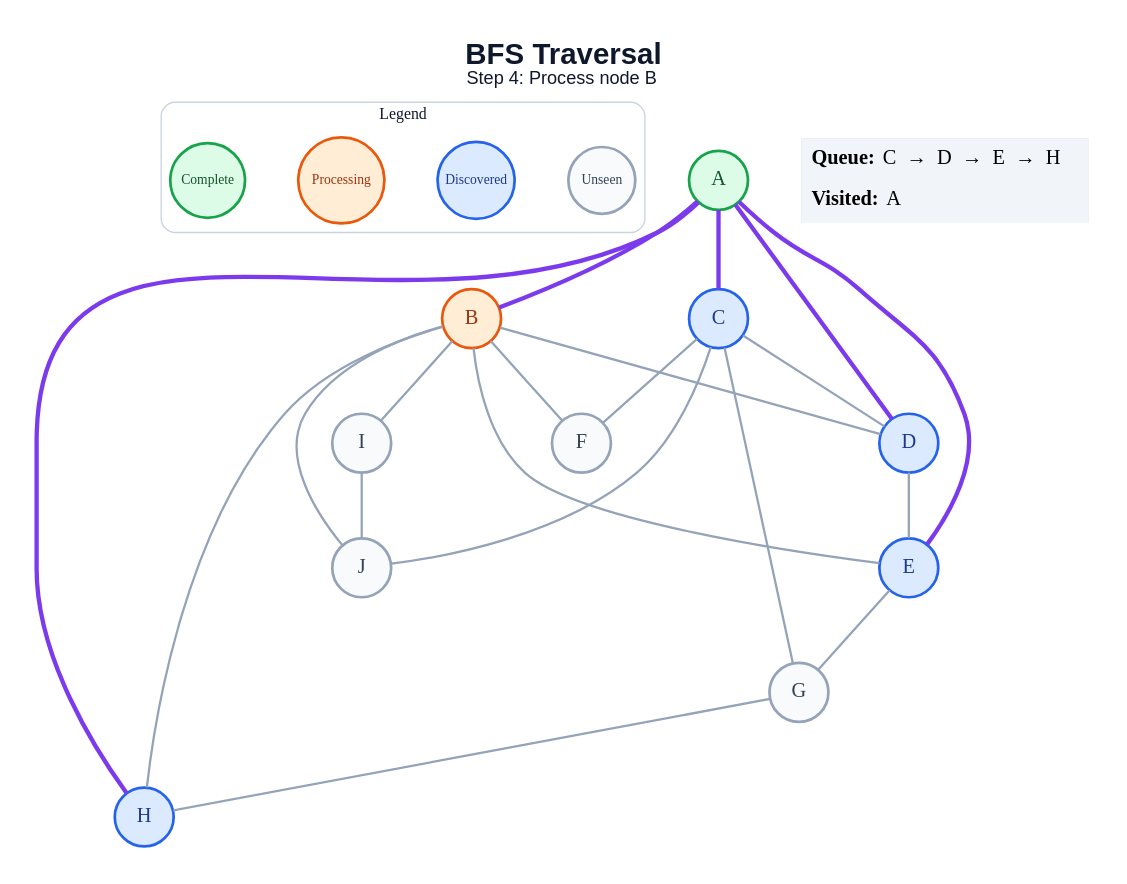
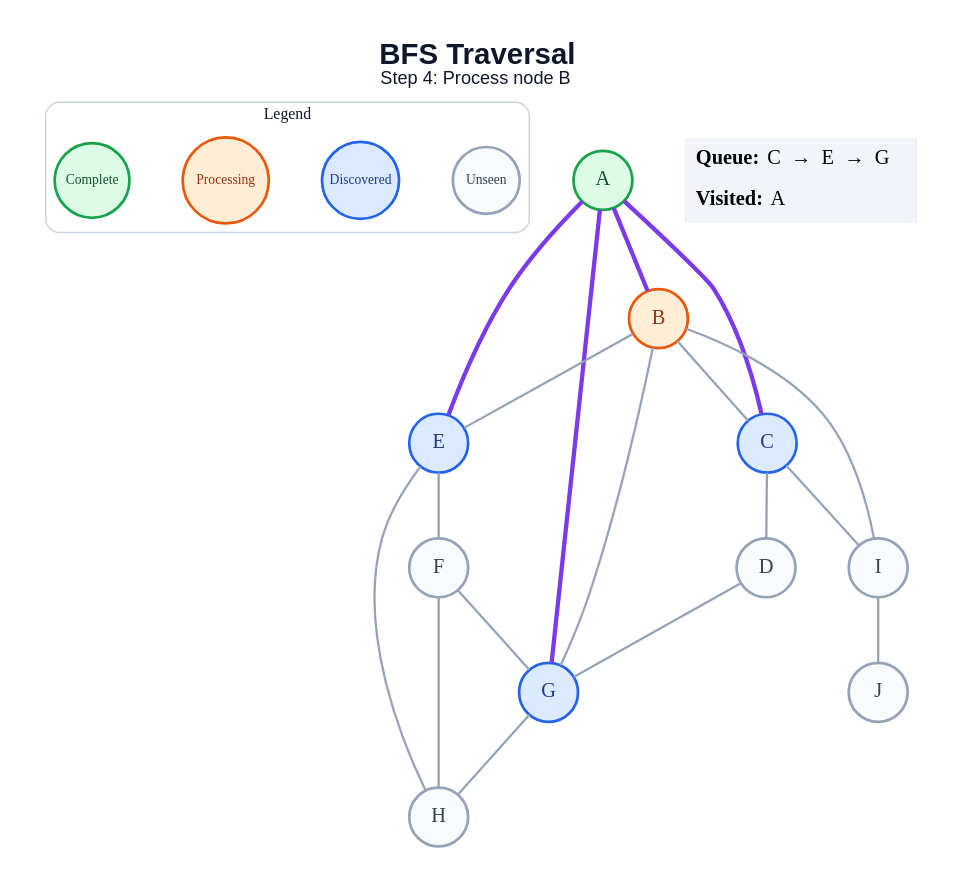
The diagram in generated/bfs/step_04.dot (anon7238593-create/ai-slop), drawn with Graphviz before and after one commit. The commit also changed 178 other files, not shown here.

```diff
--- a/generated/bfs/step_04.dot
+++ b/generated/bfs/step_04.dot
@@ -1,48 +1,46 @@
 graph traversal {
   graph [layout=dot, rankdir=TB, bgcolor="#FFFFFF", pad="0.35", nodesep="0.65", ranksep="0.8", fontname="Arial"];
   node [shape=circle, style="filled", fontname="Arial Bold", fontsize=18, width=0.72, fixedsize=true, penwidth=2.4];
   edge [color="#94A3B8", penwidth=2.0];
   label=<<B>BFS Traversal</B><BR/><FONT POINT-SIZE="16">Step 4: Process node B</FONT>>; labelloc="t"; fontsize=26; fontname="Arial"; fontcolor="#0F172A";
   subgraph cluster_legend { label="Legend"; color="#CBD5E1"; penwidth=1.2; style="rounded"; fontsize=14; fontname="Arial Bold";
     key_unseen [label="Unseen", fillcolor="#F8FAFC", color="#94A3B8", fontcolor="#334155", fontsize=12, width=0.82];
     key_frontier [label="Discovered", fillcolor="#DBEAFE", color="#2563EB", fontcolor="#1E3A8A", fontsize=12, width=0.95];
     key_current [label="Processing", fillcolor="#FFEDD5", color="#EA580C", fontcolor="#9A3412", fontsize=12, width=1.05];
     key_done [label="Complete", fillcolor="#DCFCE7", color="#16A34A", fontcolor="#14532D", fontsize=12, width=0.92];
     { rank=same; key_unseen; key_frontier; key_current; key_done; }
   }
   A [fillcolor="#DCFCE7", color="#16A34A", fontcolor="#14532D"];
   B [fillcolor="#FFEDD5", color="#EA580C", fontcolor="#9A3412"];
   C [fillcolor="#DBEAFE", color="#2563EB", fontcolor="#1E3A8A"];
-  D [fillcolor="#DBEAFE", color="#2563EB", fontcolor="#1E3A8A"];
+  D [fillcolor="#F8FAFC", color="#94A3B8", fontcolor="#334155"];
   E [fillcolor="#DBEAFE", color="#2563EB", fontcolor="#1E3A8A"];
   F [fillcolor="#F8FAFC", color="#94A3B8", fontcolor="#334155"];
-  G [fillcolor="#F8FAFC", color="#94A3B8", fontcolor="#334155"];
-  H [fillcolor="#DBEAFE", color="#2563EB", fontcolor="#1E3A8A"];
+  G [fillcolor="#DBEAFE", color="#2563EB", fontcolor="#1E3A8A"];
+  H [fillcolor="#F8FAFC", color="#94A3B8", fontcolor="#334155"];
   I [fillcolor="#F8FAFC", color="#94A3B8", fontcolor="#334155"];
   J [fillcolor="#F8FAFC", color="#94A3B8", fontcolor="#334155"];
   A -- B [color="#7C3AED", penwidth=3.8];
   A -- C [color="#7C3AED", penwidth=3.8];
-  A -- D [color="#7C3AED", penwidth=3.8];
   A -- E [color="#7C3AED", penwidth=3.8];
-  A -- H [color="#7C3AED", penwidth=3.8];
-  B -- D;
+  A -- G [color="#7C3AED", penwidth=3.8];
+  B -- C;
   B -- E;
-  B -- F;
-  B -- H;
+  B -- G;
   B -- I;
-  B -- J;
   C -- D;
-  C -- F;
-  C -- G;
-  C -- J;
-  D -- E;
-  E -- G;
+  C -- I;
+  D -- G;
+  E -- F;
+  E -- H;
+  F -- G;
+  F -- H;
   G -- H;
   I -- J;
   status [shape=plain, fixedsize=false, width=0, height=0, margin=0, label=<
     <TABLE BORDER="0" CELLBORDER="0" CELLPADDING="7" BGCOLOR="#F1F5F9">
-      <TR><TD ALIGN="LEFT"><B>Queue:</B> C  →  D  →  E  →  H</TD></TR>
+      <TR><TD ALIGN="LEFT"><B>Queue:</B> C  →  E  →  G</TD></TR>
       <TR><TD ALIGN="LEFT"><B>Visited:</B> A</TD></TR>
     </TABLE>
   >];
 }
```
